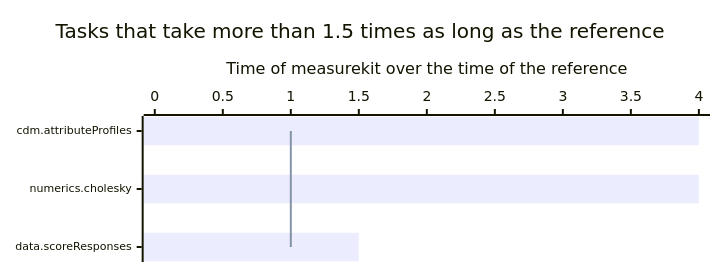
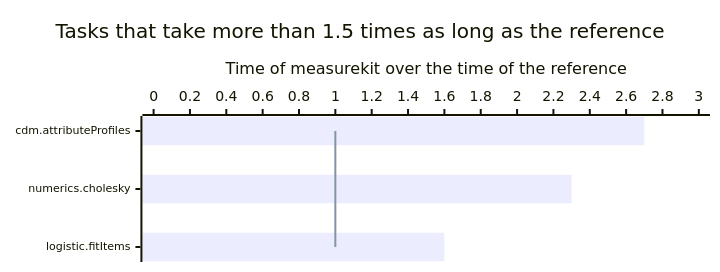
Before and after one commit to measurekit/measurekit: the first of 12 diagrams in docs/performance.md, drawn with Mermaid. The commit also changed other lines of this file and 2 other files, not shown here.

````diff
--- a/docs/performance.md
+++ b/docs/performance.md
@@ -9,9 +9,9 @@
 ```mermaid
 %%{init: {"xyChart": {"height": 252, "xAxis": {"labelFontSize": 11}}}}%%
 xychart-beta horizontal
   title "Tasks that take more than 1.5 times as long as the reference"
-  x-axis ["cdm.attributeProfiles", "numerics.cholesky", "data.scoreResponses"]
-  y-axis "Time of measurekit over the time of the reference" 0 --> 4
-  bar [4, 4, 1.5]
+  x-axis ["cdm.attributeProfiles", "numerics.cholesky", "logistic.fitItems"]
+  y-axis "Time of measurekit over the time of the reference" 0 --> 3
+  bar [2.7, 2.3, 1.6]
   line [1, 1, 1]
 ```
````
